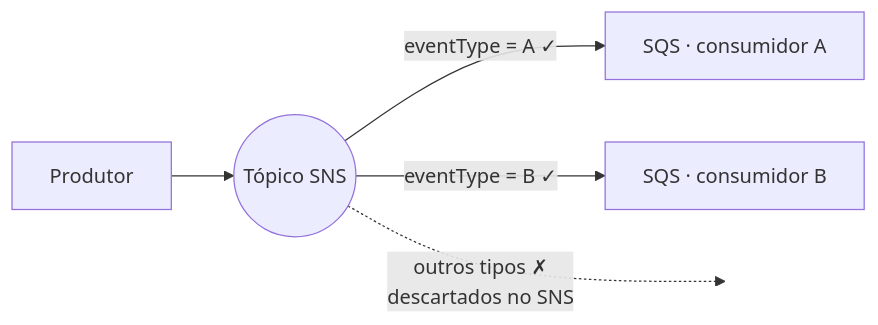
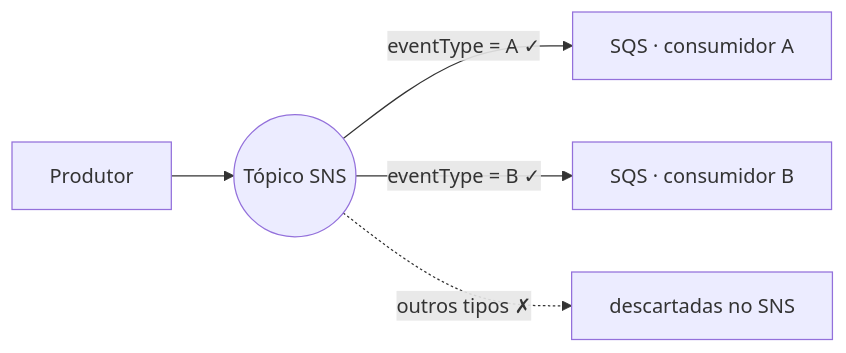
Before and after one commit to cesarschutz/cesarschutz.github.io: the diagram in src/contents/posts/sns-filter-policy.md, drawn with Mermaid. The commit also changed 10 other files, not shown here.

First line of the commit message:
Blinda diagramas Mermaid: remove <br> e nós invisíveis dos rótulos

````diff
--- a/src/contents/posts/sns-filter-policy.md
+++ b/src/contents/posts/sns-filter-policy.md
@@ -31,8 +31,7 @@
 ```mermaid
 flowchart LR
   P[Produtor] --> T((Tópico SNS))
   T -->|"eventType = A ✓"| Q1[SQS · consumidor A]
   T -->|"eventType = B ✓"| Q2[SQS · consumidor B]
-  T -.->|"outros tipos ✗<br>descartados no SNS"| X(( ))
-  style X fill:none,stroke:none
+  T -.->|"outros tipos ✗"| X["descartadas no SNS"]
 ```
````
